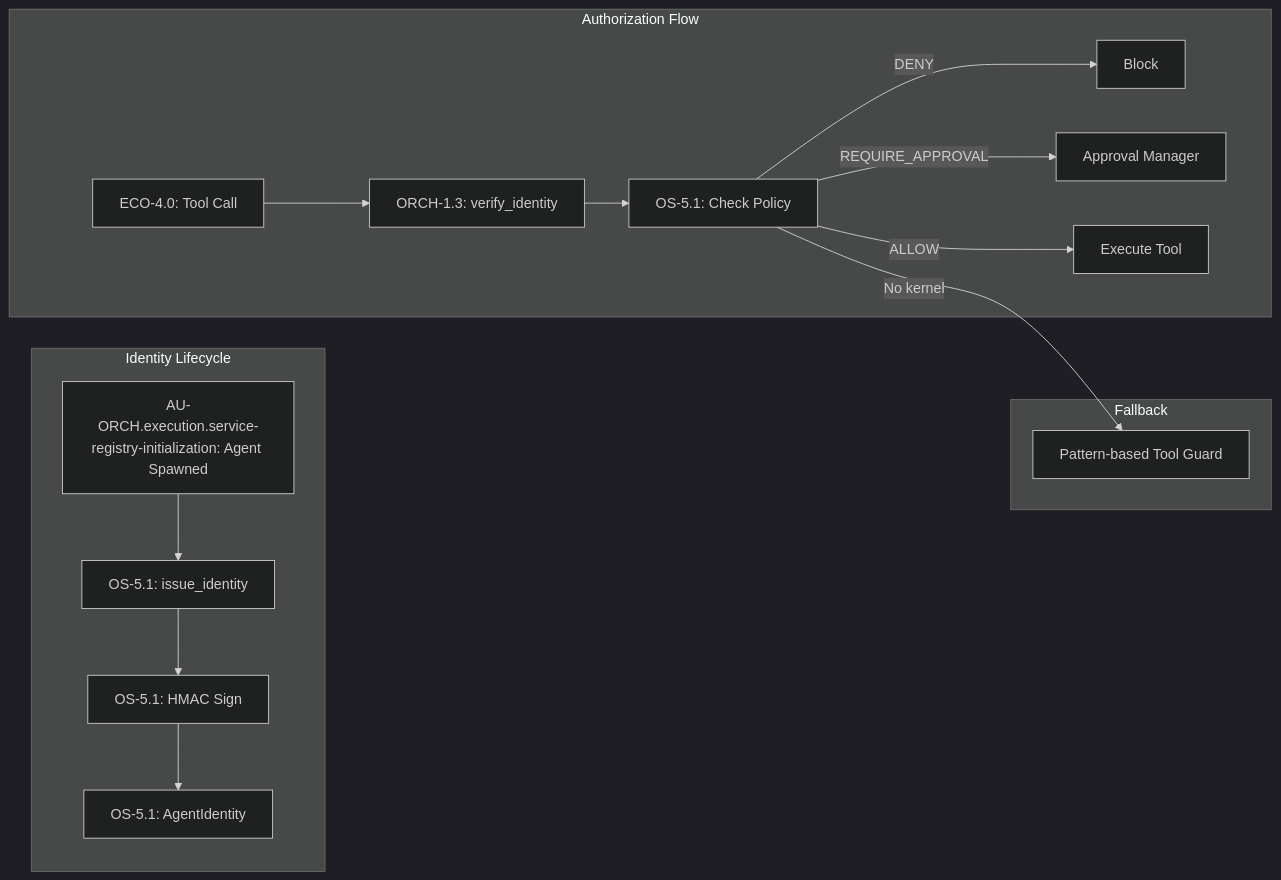
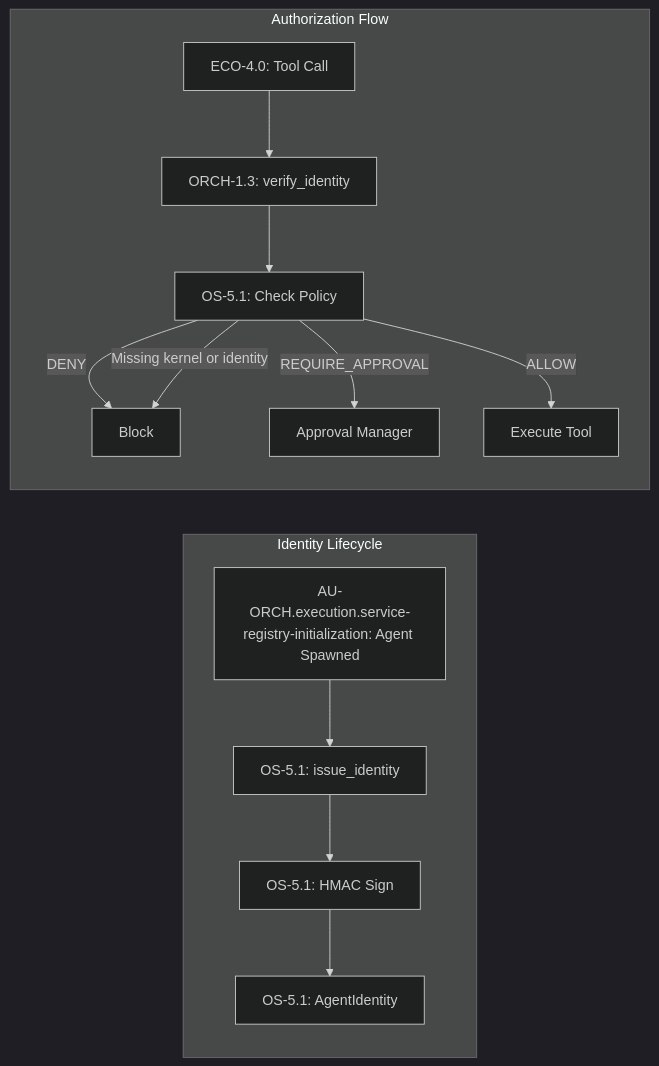
One commit to Knuckles-Team/agent-utilities changed the first of 2 diagrams in docs/guides/permissions-kernel.md. Above: the diagram before and after it, drawn with Mermaid (dark theme). The commit also changed other lines of this file and 3818 other files, not shown here.

````diff
--- a/docs/guides/permissions-kernel.md
+++ b/docs/guides/permissions-kernel.md
@@ -13,20 +13,18 @@
 ```mermaid
 flowchart LR
     subgraph Identity Lifecycle
         SPAWN[AU-ORCH.execution.service-registry-initialization: Agent Spawned] --> ISSUE[OS-5.1: issue_identity]
         ISSUE --> SIGN[OS-5.1: HMAC Sign]
         SIGN --> ID[OS-5.1: AgentIdentity]
     end
 
     subgraph Authorization Flow
         CALL[ECO-4.0: Tool Call] --> VERIFY[ORCH-1.3: verify_identity]
         VERIFY --> POLICY[OS-5.1: Check Policy]
         POLICY --> |DENY| BLOCK[Block]
         POLICY --> |REQUIRE_APPROVAL| APPROVE[Approval Manager]
         POLICY --> |ALLOW| EXEC[Execute Tool]
     end
 
-    subgraph Fallback
-        POLICY --> |No kernel| GUARD[Pattern-based Tool Guard]
-    end
+    POLICY --> |Missing kernel or identity| BLOCK
 ```
````
